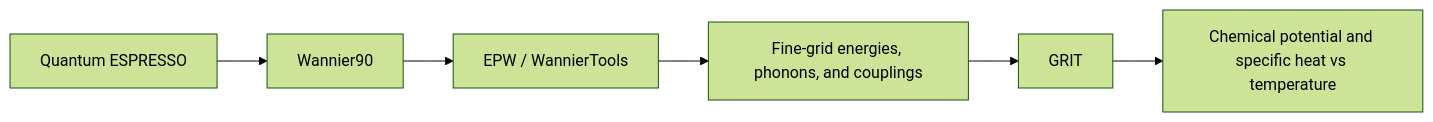
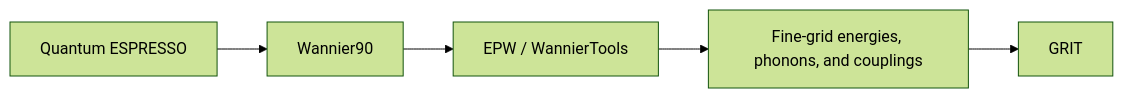
Before and after one commit to Skalhoef/Sebastians_GRIT: the diagram in README.md, drawn with Mermaid (forest theme).

````diff
--- a/README.md
+++ b/README.md
@@ -34,8 +34,7 @@
 ```mermaid
 flowchart LR
     QE[Quantum ESPRESSO] --> W90[Wannier90]
     W90 --> EPW[EPW / WannierTools]
     EPW --> DATA[Fine-grid energies, phonons, and couplings]
     DATA --> GRIT[GRIT]
-    GRIT --> OUT[Chemical potential and specific heat vs temperature]
 ```
````
